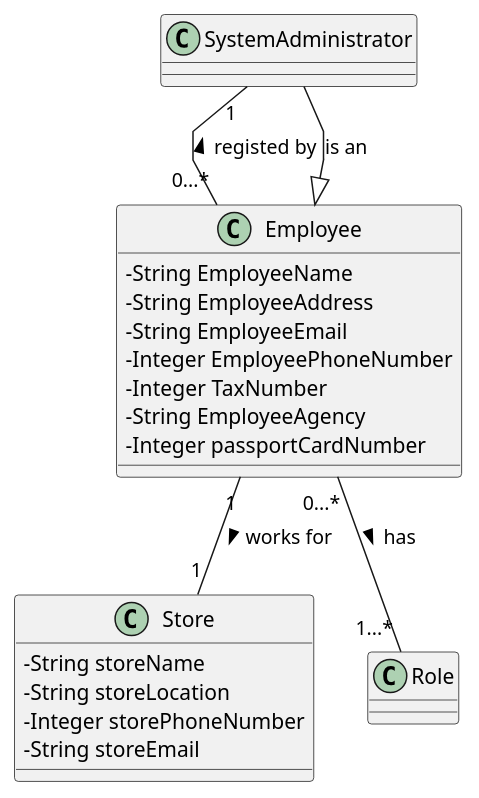
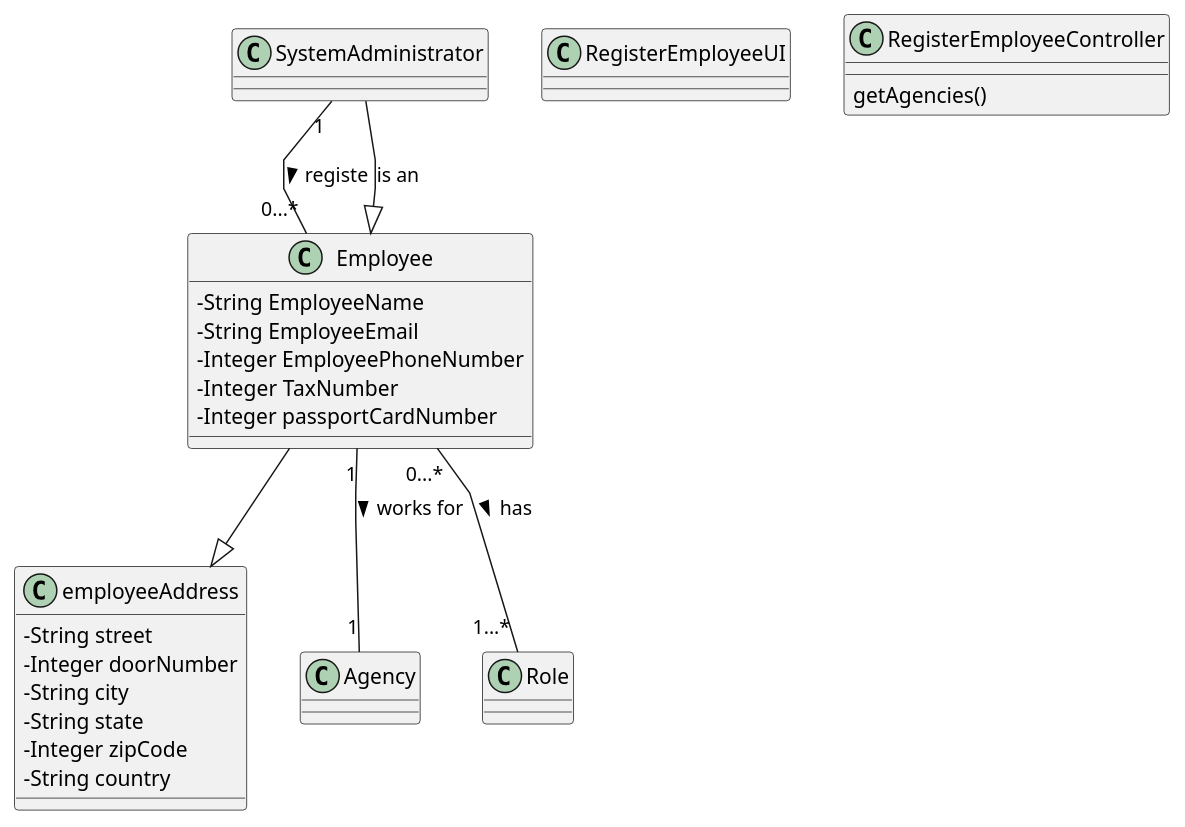
The diagram in docs/sprintB/us003/03.design/puml/us003-class-diagram.puml (1220812/LAPR2), drawn with PlantUML before and after one commit. The commit also changed 13 other files, not shown here.

```diff
--- a/docs/sprintB/us003/03.design/puml/us003-class-diagram.puml
+++ b/docs/sprintB/us003/03.design/puml/us003-class-diagram.puml
@@ -1,42 +1,49 @@
 @startuml
 'skinparam monochrome true
 skinparam packageStyle rectangle
 skinparam shadowing false
 skinparam linetype polyline
 'skinparam linetype orto
 
 skinparam classAttributeIconSize 0
 
 'left to right direction
 
 class SystemAdministrator {
 }
 
+class employeeAddress{
+-String street
+-Integer doorNumber
+-String city
+-String state
+-Integer zipCode
+-String country
+}
+ class RegisterEmployeeUI{
+
+ }
+ class RegisterEmployeeController{
+getAgencies()
+ }
 class Employee {
     -String EmployeeName
-    -String EmployeeAddress
     -String EmployeeEmail
     -Integer EmployeePhoneNumber
     -Integer TaxNumber
-    -String EmployeeAgency
     -Integer passportCardNumber
-}
-
-class Store {
-    -String storeName
-    -String storeLocation
-    -Integer storePhoneNumber
-    -String storeEmail
 
 }
 
+class Agency {
 
+}
 
+SystemAdministrator "1"--"0...*" Employee: registe >
+SystemAdministrator --|> Employee: is an
+Employee --|> employeeAddress
 
-SystemAdministrator "1"--"0...*" Employee: registed by <
-SystemAdministrator --|> Employee: is an
-
-Employee "1"--"1" Store: works for >
+Employee "1"--"1" Agency: works for >
 Employee "0...*"--"1...*" Role: has >
 
 @enduml
```
